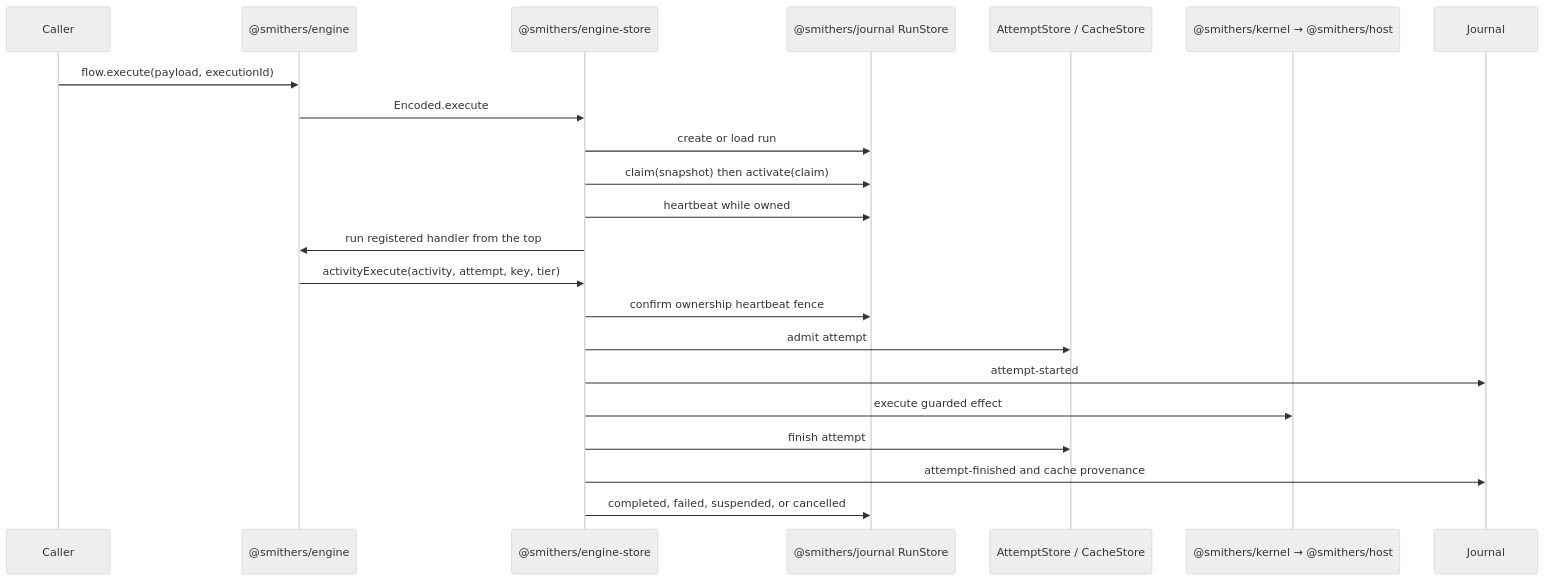
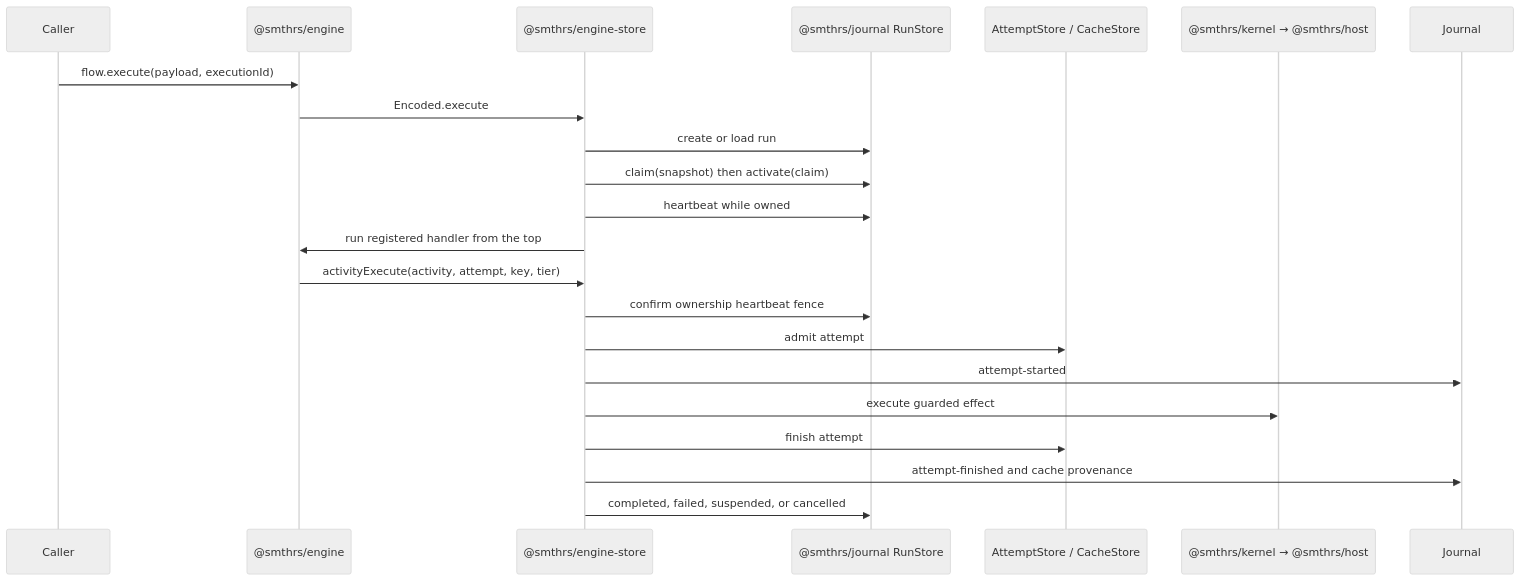
One commit to smithersai/flows changed the diagram in docs/architecture/execution-data-flow.md. Above: the diagram before and after it, drawn with Mermaid (neutral theme). The commit also changed other lines of this file and 216 other files, not shown here.

Commit message:
♻️ refactor: rename the npm scope from @smithers to @smthrs

````diff
--- a/docs/architecture/execution-data-flow.md
+++ b/docs/architecture/execution-data-flow.md
@@ -5,25 +5,25 @@
 ```mermaid
 sequenceDiagram
   participant Caller
-  participant Flow as @smithers/engine
-  participant Driver as @smithers/engine-store
-  participant Runs as @smithers/journal RunStore
+  participant Flow as @smthrs/engine
+  participant Driver as @smthrs/engine-store
+  participant Runs as @smthrs/journal RunStore
   participant Attempts as AttemptStore / CacheStore
-  participant Host as @smithers/kernel → @smithers/host
+  participant Host as @smthrs/kernel → @smthrs/host
   participant Journal as Journal
 
   Caller->>Flow: flow.execute(payload, executionId)
   Flow->>Driver: Encoded.execute
   Driver->>Runs: create or load run
   Driver->>Runs: claim(snapshot) then activate(claim)
   Driver->>Runs: heartbeat while owned
   Driver->>Flow: run registered handler from the top
   Flow->>Driver: activityExecute(activity, attempt, key, tier)
   Driver->>Runs: confirm ownership heartbeat fence
   Driver->>Attempts: admit attempt
   Driver->>Journal: attempt-started
   Driver->>Host: execute guarded effect
   Driver->>Attempts: finish attempt
   Driver->>Journal: attempt-finished and cache provenance
   Driver->>Runs: completed, failed, suspended, or cancelled
 ```
````
